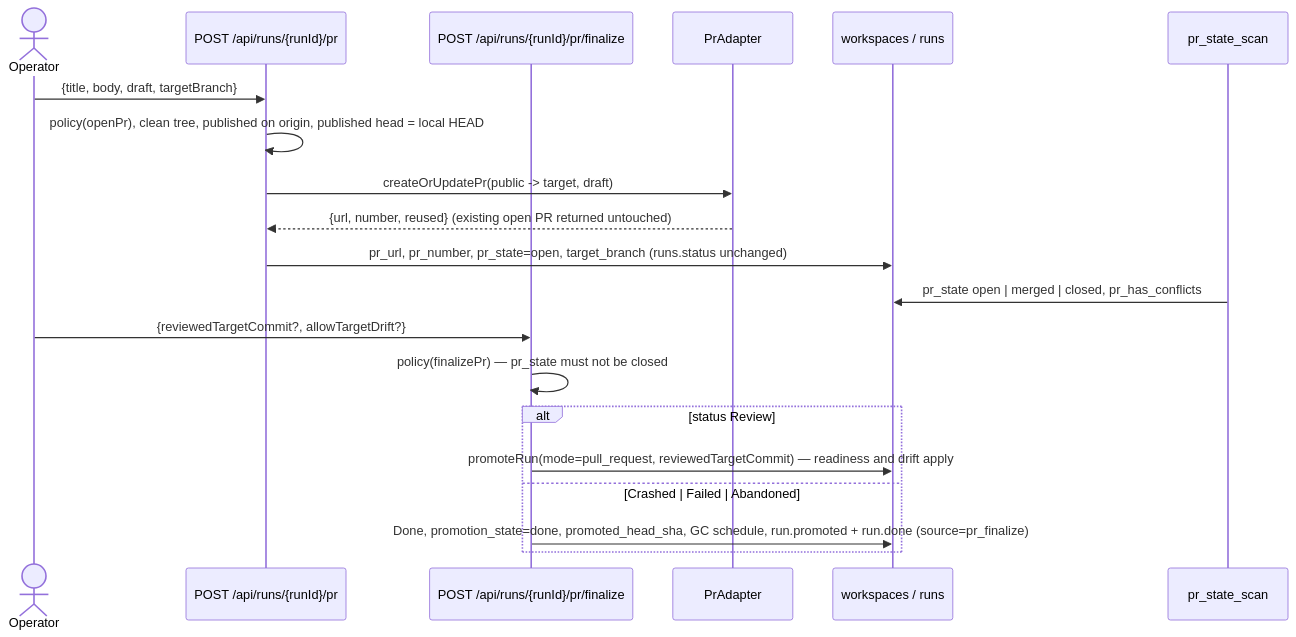
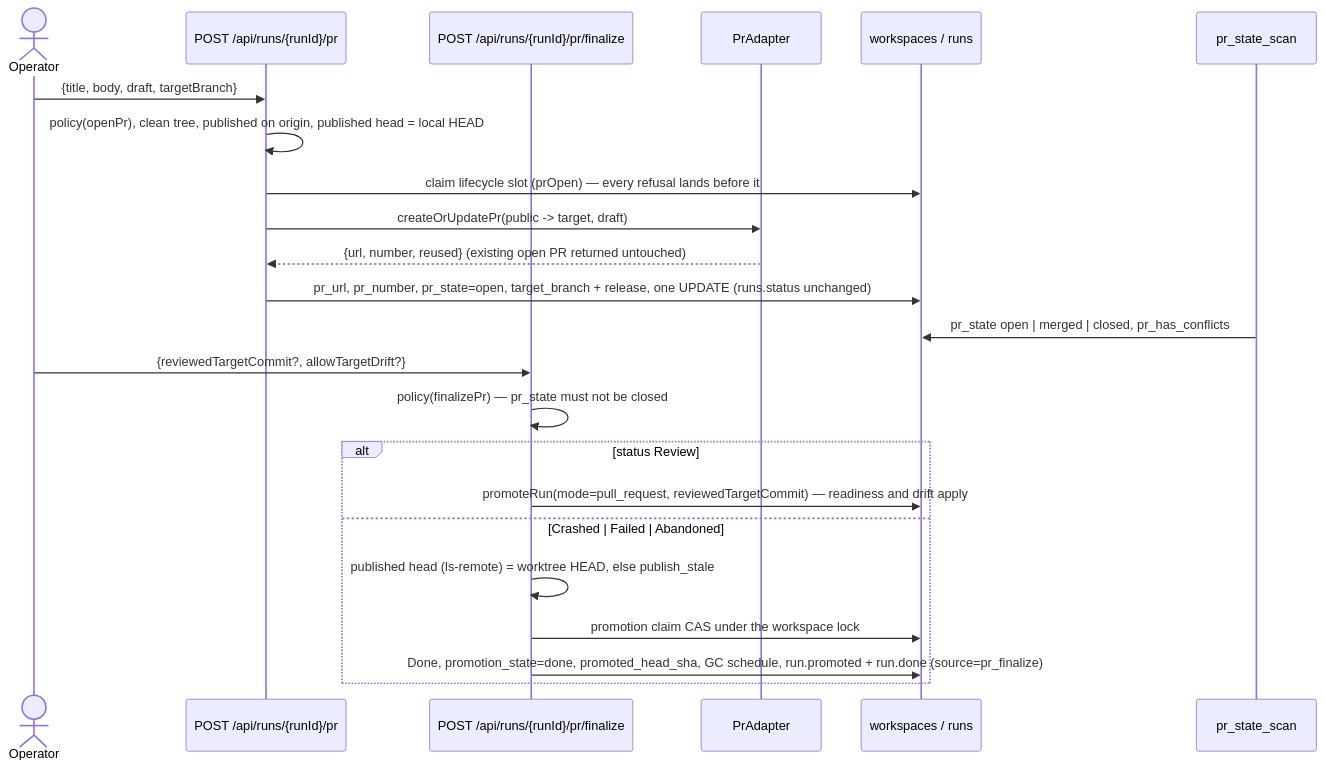
One commit to maister-dev/maister changed the fifth of 6 diagrams in docs/system-analytics/workbench-git.md. Above: the diagram before and after it, drawn with Mermaid. The commit also changed other lines of this file and 35 other files, not shown here.

````diff
--- a/docs/system-analytics/workbench-git.md
+++ b/docs/system-analytics/workbench-git.md
@@ -193,22 +196,25 @@
 ```mermaid
 sequenceDiagram
     actor Op as Operator
     participant PR as POST /api/runs/{runId}/pr
     participant Fin as POST /api/runs/{runId}/pr/finalize
     participant PA as PrAdapter
     participant DB as workspaces / runs
     participant Scan as pr_state_scan
     Op->>PR: {title, body, draft, targetBranch}
     PR->>PR: policy(openPr), clean tree, published on origin, published head = local HEAD
+    PR->>DB: claim lifecycle slot (prOpen) — every refusal lands before it
     PR->>PA: createOrUpdatePr(public -> target, draft)
     PA-->>PR: {url, number, reused} (existing open PR returned untouched)
-    PR->>DB: pr_url, pr_number, pr_state=open, target_branch (runs.status unchanged)
+    PR->>DB: pr_url, pr_number, pr_state=open, target_branch + release, one UPDATE (runs.status unchanged)
     Scan->>DB: pr_state open | merged | closed, pr_has_conflicts
     Op->>Fin: {reviewedTargetCommit?, allowTargetDrift?}
     Fin->>Fin: policy(finalizePr) — pr_state must not be closed
     alt status Review
         Fin->>DB: promoteRun(mode=pull_request, reviewedTargetCommit) — readiness and drift apply
     else Crashed | Failed | Abandoned
+        Fin->>Fin: published head (ls-remote) = worktree HEAD, else publish_stale
+        Fin->>DB: promotion claim CAS under the workspace lock
         Fin->>DB: Done, promotion_state=done, promoted_head_sha, GC schedule, run.promoted + run.done (source=pr_finalize)
     end
 ```
````
